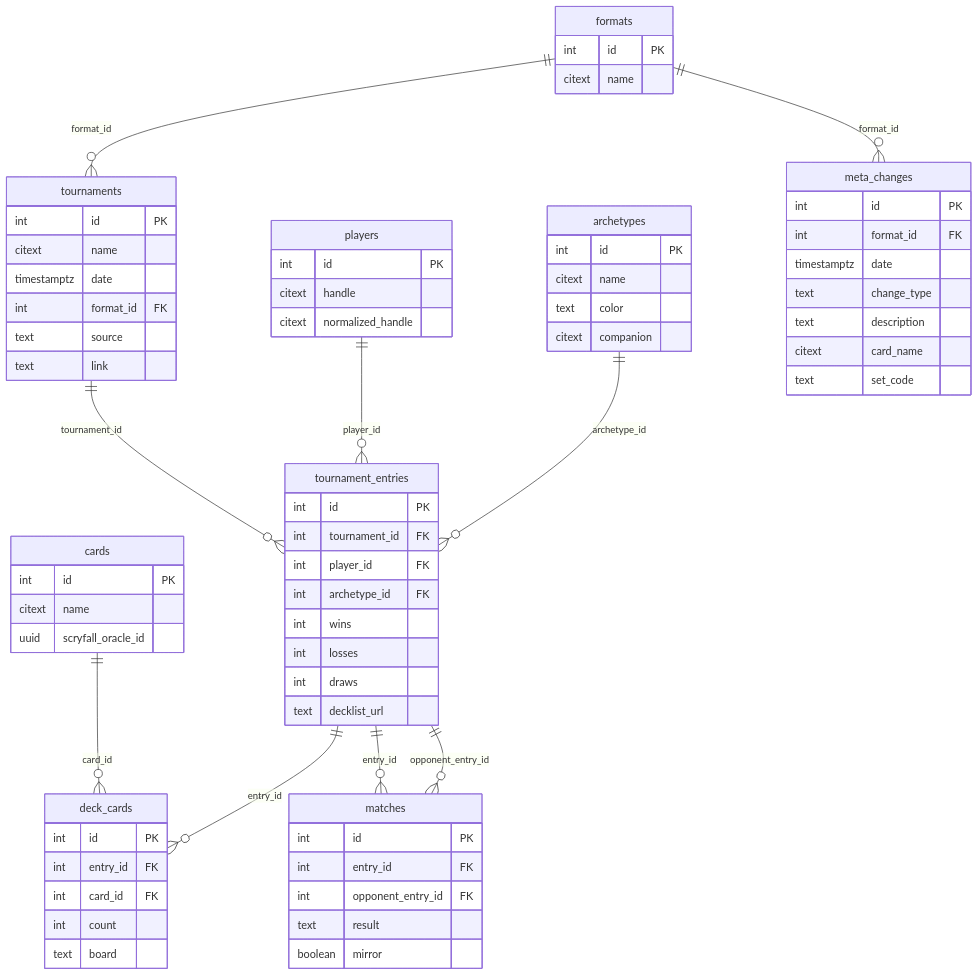
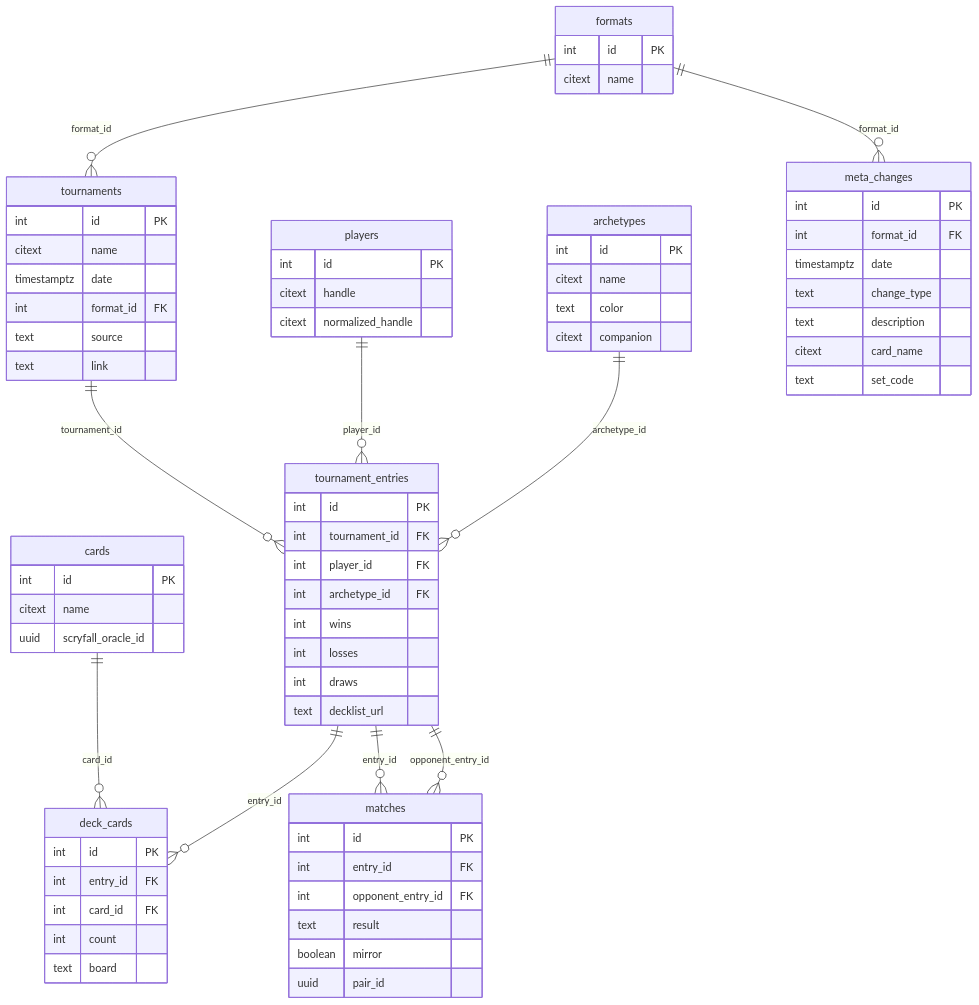
Before and after one commit to Jiliac/metamage: the diagram in schema.mmd, drawn with Mermaid. The commit also changed 1 other file, not shown here.

Commit message:
docs: document pair_id on matches and index; update dedupe notes

```diff
--- a/schema.mmd
+++ b/schema.mmd
@@ -1,93 +1,94 @@
 erDiagram
     %% Enumerations (conceptual):
     %% - tournaments.source: MTGO | Melee | Other
     %% - deck_cards.board: MAIN | SIDE
     %% - matches.result: WIN | LOSS | DRAW
 
     formats {
         int id PK
         citext name
     }
 
     meta_changes {
         int id PK
         int format_id FK 
         timestamptz date 
         text change_type 
         text description
         citext card_name
         text set_code
     }
 
     players {
         int id PK
         citext handle 
         citext normalized_handle 
     }
 
     cards {
         int id PK
         citext name 
         uuid scryfall_oracle_id
     }
 
     archetypes {
         int id PK
         citext name 
         text color
         citext companion
     }
 
     tournaments {
         int id PK
         citext name 
         timestamptz date 
         int format_id FK 
         text source 
         text link
     }
 
     tournament_entries {
         int id PK
         int tournament_id FK 
         int player_id FK 
         int archetype_id FK 
         int wins 
         int losses 
         int draws 
         text decklist_url
         %% UNIQUE (tournament_id, player_id)
     }
 
     deck_cards {
         int id PK
         int entry_id FK 
         int card_id FK 
         int count 
         text board 
         %% board: MAIN | SIDE
         %% UNIQUE (entry_id, card_id, board)
     }
 
     matches {
         int id PK
         int entry_id FK 
         int opponent_entry_id FK 
         text result 
         %% result: WIN | LOSS | DRAW (from entry_id's perspective)
         boolean mirror 
-        %% mirror: true if same-archetype pairing
-        %% To avoid double-counting in queries, aggregate by
-        %% (stage, round_no, LEAST(entry_id, opponent_entry_id), GREATEST(...))
+        uuid pair_id
+        %% pair_id: UUID shared by both rows of a real pairing
+        %% Index: create an index on pair_id (no uniqueness constraint)
+        %% To avoid double-counting in queries, aggregate by pair_id or filter to entry_id < opponent_entry_id
     }
 
     %% Relationships
     formats ||--o{ tournaments : "format_id"
     formats ||--o{ meta_changes : "format_id"
     tournaments ||--o{ tournament_entries : "tournament_id"
     players ||--o{ tournament_entries : "player_id"
     archetypes ||--o{ tournament_entries : "archetype_id"
     tournament_entries ||--o{ deck_cards : "entry_id"
     cards ||--o{ deck_cards : "card_id"
     tournament_entries ||--o{ matches : "entry_id"
     tournament_entries ||--o{ matches : "opponent_entry_id"
```
